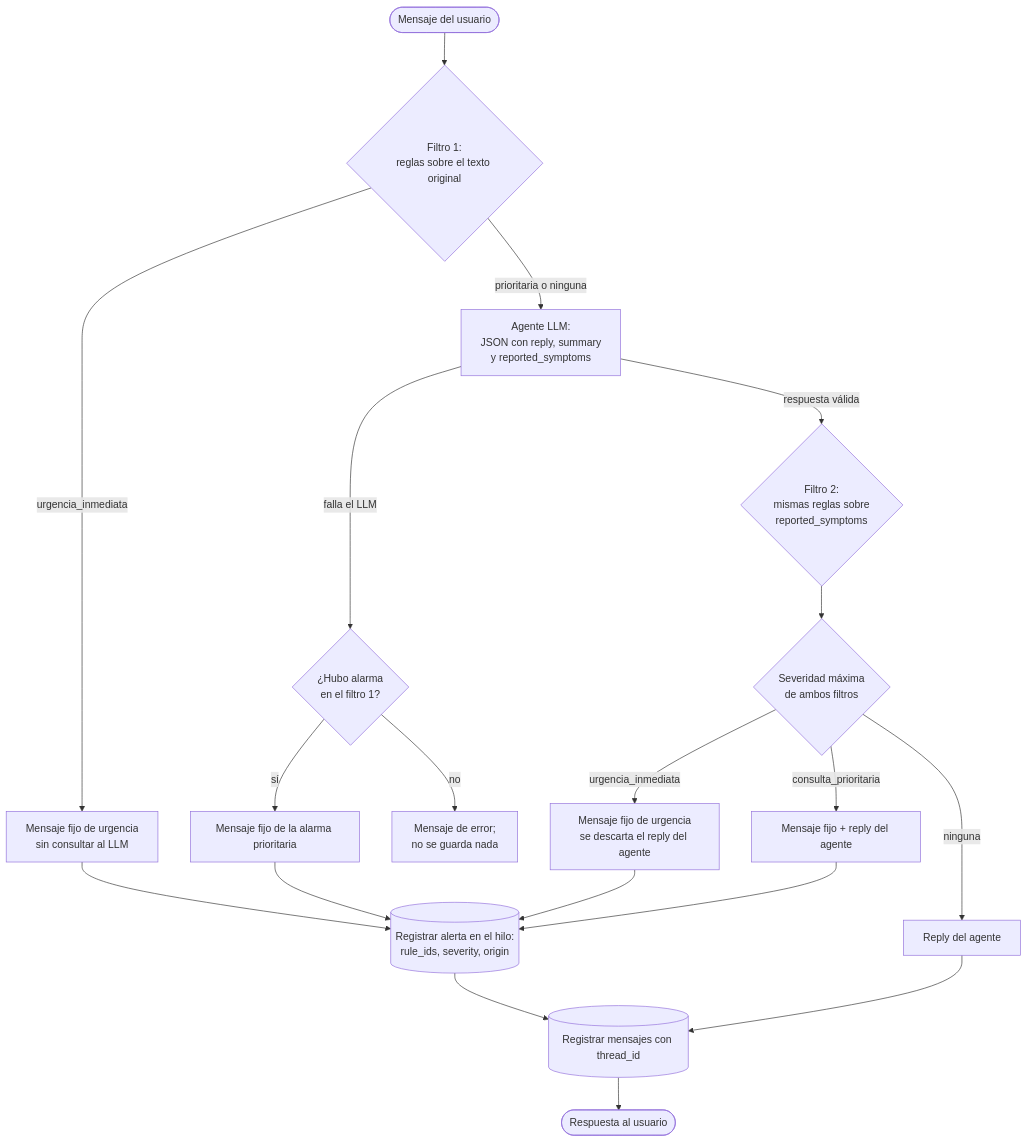
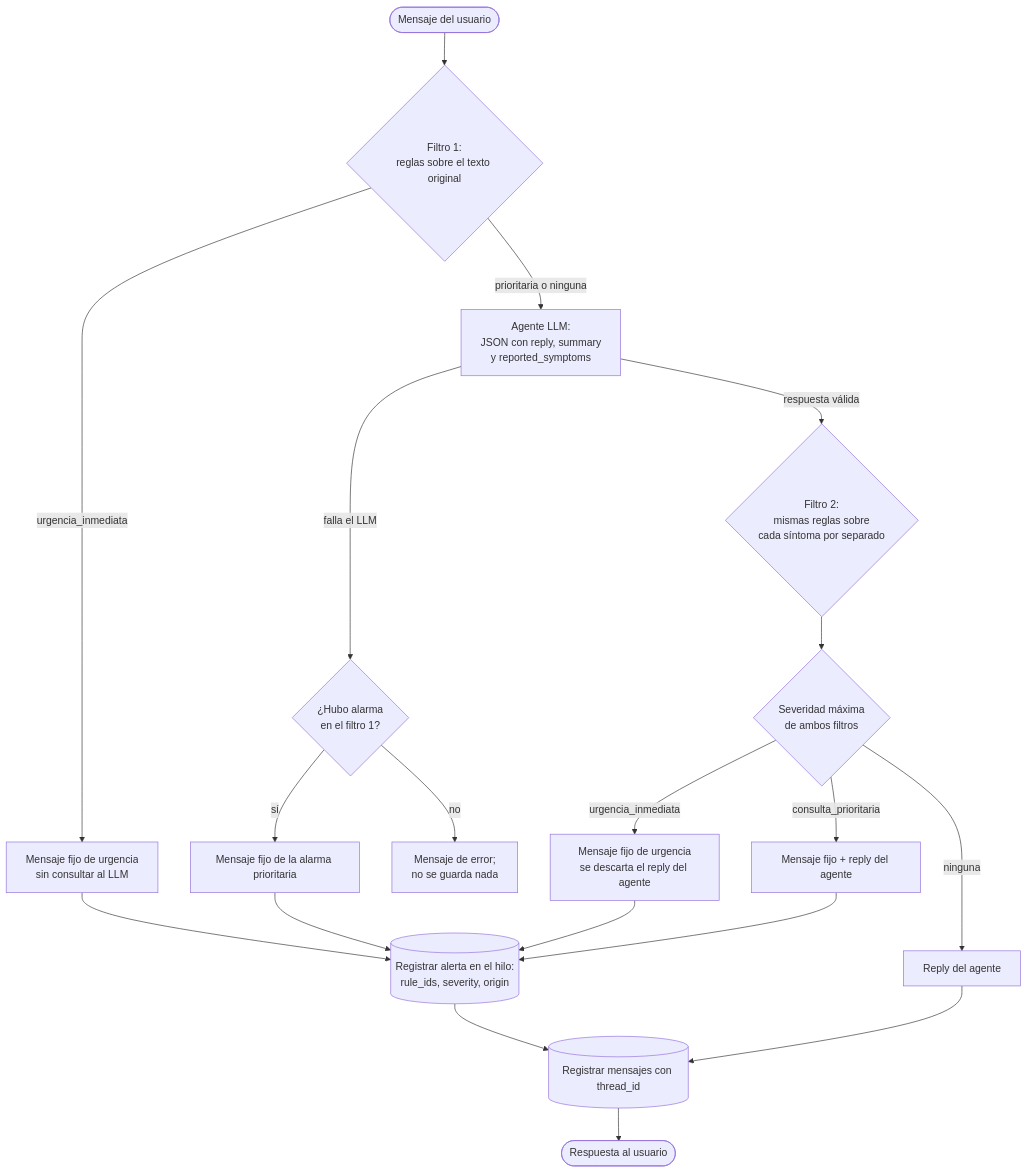
The diagram in docs/03-procesos/flujos/gestion-alerta.md (NicolasCastilloGaleano/chatbot-cardio-materno), drawn with Mermaid before and after one commit. The commit also changed other lines of this file and 12 other files, not shown here.

First line of the commit message:
fix(alarms): filtro 2 por síntoma, urgencia en un hilo de su dominio y saludos sin hilo

````diff
--- a/docs/03-procesos/flujos/gestion-alerta.md
+++ b/docs/03-procesos/flujos/gestion-alerta.md
@@ -7,18 +7,18 @@
 ```mermaid
 flowchart TD
     A([Mensaje del usuario]) --> F1{Filtro 1:<br/>reglas sobre el texto original}
     F1 -- urgencia_inmediata --> U1[Mensaje fijo de urgencia<br/>sin consultar al LLM]
     F1 -- prioritaria o ninguna --> L[Agente LLM:<br/>JSON con reply, summary<br/>y reported_symptoms]
     L -- falla el LLM --> E{¿Hubo alarma<br/>en el filtro 1?}
     E -- sí --> U2[Mensaje fijo de la alarma prioritaria]
     E -- no --> ERR[Mensaje de error;<br/>no se guarda nada]
-    L -- respuesta válida --> F2{Filtro 2:<br/>mismas reglas sobre<br/>reported_symptoms}
+    L -- respuesta válida --> F2{Filtro 2:<br/>mismas reglas sobre<br/>cada síntoma por separado}
     F2 --> S{Severidad máxima<br/>de ambos filtros}
     S -- urgencia_inmediata --> U3[Mensaje fijo de urgencia<br/>se descarta el reply del agente]
     S -- consulta_prioritaria --> P[Mensaje fijo + reply del agente]
     S -- ninguna --> N[Reply del agente]
     U1 & U2 & U3 & P --> R[(Registrar alerta en el hilo:<br/>rule_ids, severity, origin)]
     R --> M[(Registrar mensajes con thread_id)]
     N --> M
     M --> Z([Respuesta al usuario])
 ```
````
